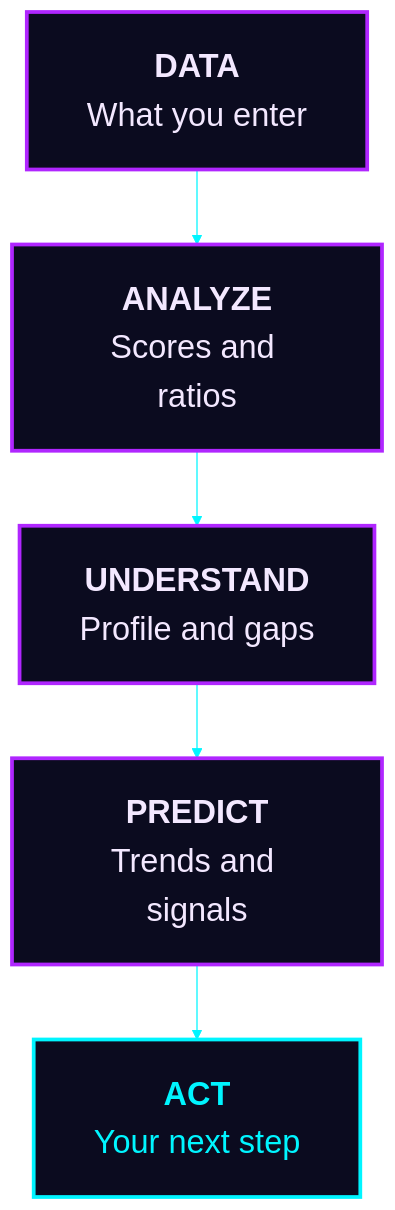
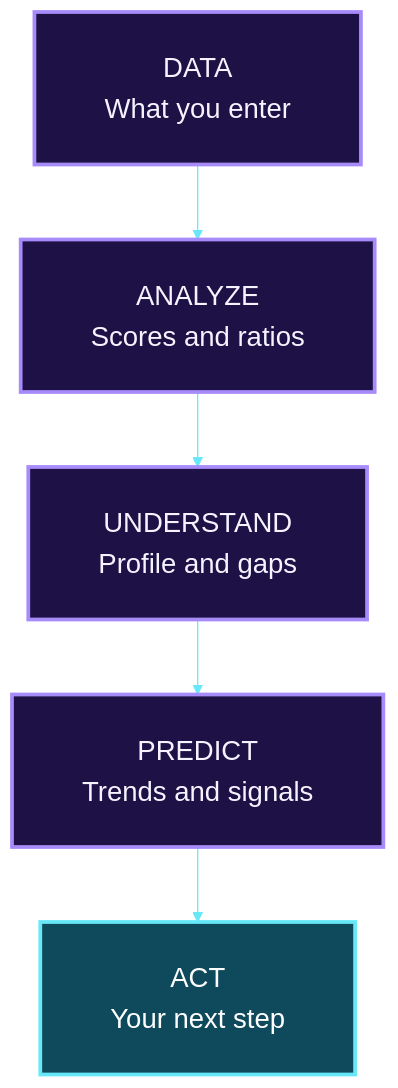
The first of 13 diagrams in README.md (Mansi232323/MANSHORA), drawn with Mermaid before and after one commit. The commit also changed other lines of this file, not shown here.

````diff
--- a/README.md
+++ b/README.md
@@ -50,14 +50,14 @@
 ```mermaid
-%%{init: {'theme':'base','themeVariables':{'fontSize':'26px','primaryColor':'#ede9fe','primaryBorderColor':'#7c3aed','primaryTextColor':'#1e1b4b','lineColor':'#00f5ff','clusterBkg':'#0b0b1f','clusterBorder':'#ff00e5','titleColor':'#ff00e5','edgeLabelBackground':'#0b0b1f'},'flowchart':{'nodeSpacing':50,'rankSpacing':60,'padding':24,'htmlLabels':true}}}%%
+%%{init: {'theme':'base','themeVariables':{'fontSize':'22px','fontFamily':'Arial, Helvetica, sans-serif','lineColor':'#67e8f9','clusterBkg':'#0f0f2b','clusterBorder':'#a78bfa','titleColor':'#e9d5ff','edgeLabelBackground':'#0f0f2b'},'flowchart':{'nodeSpacing':45,'rankSpacing':60,'padding':28,'htmlLabels':false,'useMaxWidth':true}}}%%
 flowchart TB
-    A["<b>DATA</b><br/>What you enter"]
-    B["<b>ANALYZE</b><br/>Scores and ratios"]
-    C["<b>UNDERSTAND</b><br/>Profile and gaps"]
-    D["<b>PREDICT</b><br/>Trends and signals"]
-    E["<b>ACT</b><br/>Your next step"]
+    A["DATA<br/>What you enter"]
+    B["ANALYZE<br/>Scores and ratios"]
+    C["UNDERSTAND<br/>Profile and gaps"]
+    D["PREDICT<br/>Trends and signals"]
+    E["ACT<br/>Your next step"]
     A --> B --> C --> D --> E
-    classDef step fill:#0b0b1f,stroke:#b026ff,stroke-width:3px,color:#f3e8ff
-    classDef goal fill:#0b0b1f,stroke:#00f5ff,stroke-width:3px,color:#00f5ff
+    classDef step fill:#1e1145,stroke:#a78bfa,stroke-width:3px,color:#f5f3ff
+    classDef goal fill:#0e4a5c,stroke:#67e8f9,stroke-width:3px,color:#ffffff
     class A,B,C,D step
     class E goal
 ```
````
